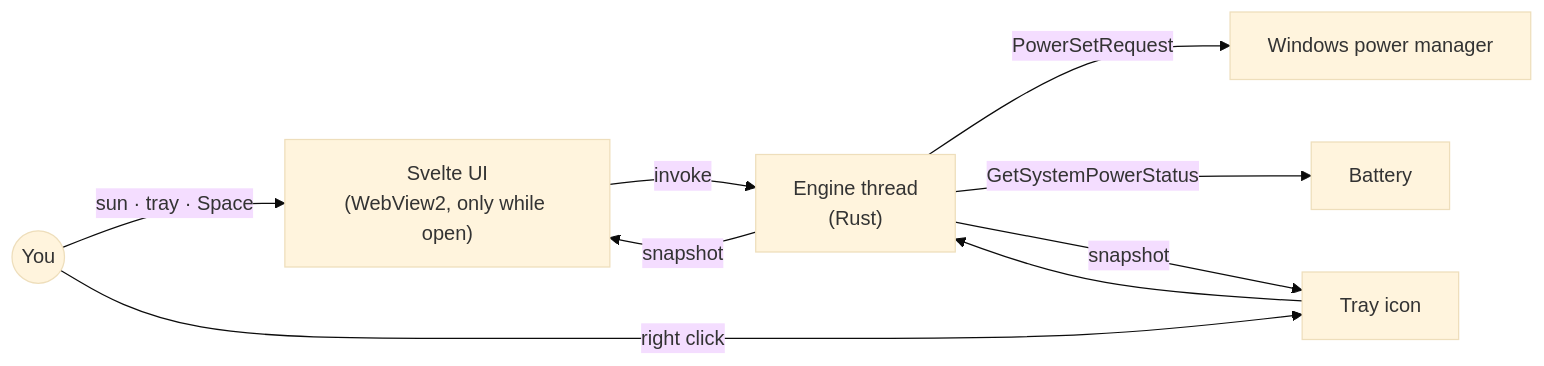
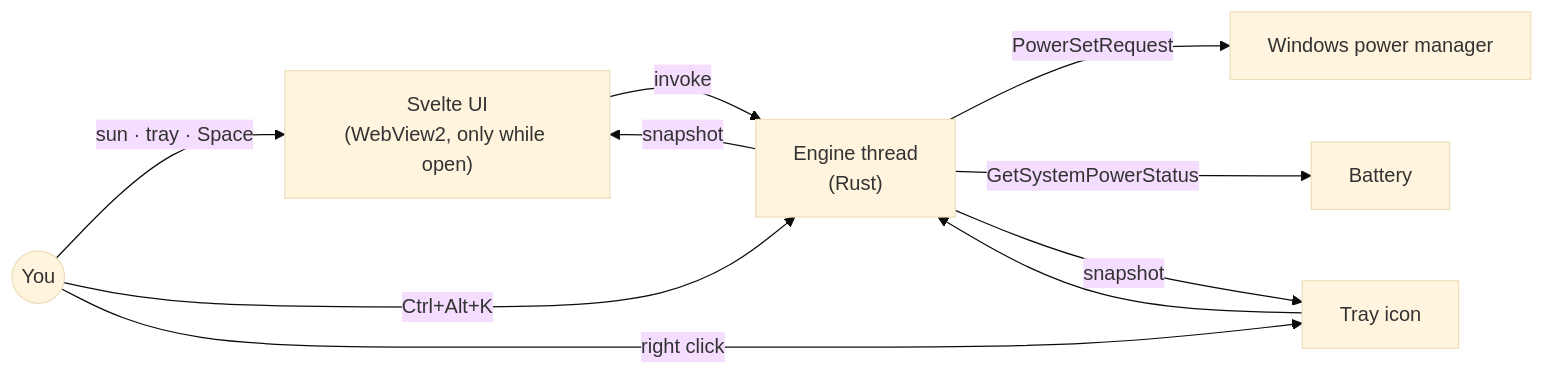
One commit to ax5hay/KeepMeAwake changed the diagram in README.md. Above: the diagram before and after it, drawn with Mermaid (base theme). The commit also changed other lines of this file, not shown here.

````diff
--- a/README.md
+++ b/README.md
@@ -28,11 +31,12 @@
 ```mermaid
 flowchart LR
     You(("You")) -->|sun · tray · Space| UI["Svelte UI<br/>(WebView2, only while open)"]
+    You -->|Ctrl+Alt+K| Engine
     You -->|right click| Tray["Tray icon"]
     UI -->|invoke| Engine["Engine thread<br/>(Rust)"]
     Tray --> Engine
     Engine -->|PowerSetRequest| Win["Windows power manager"]
     Engine -->|GetSystemPowerStatus| Bat["Battery"]
     Engine -->|snapshot| UI
     Engine -->|snapshot| Tray
 ```
````
